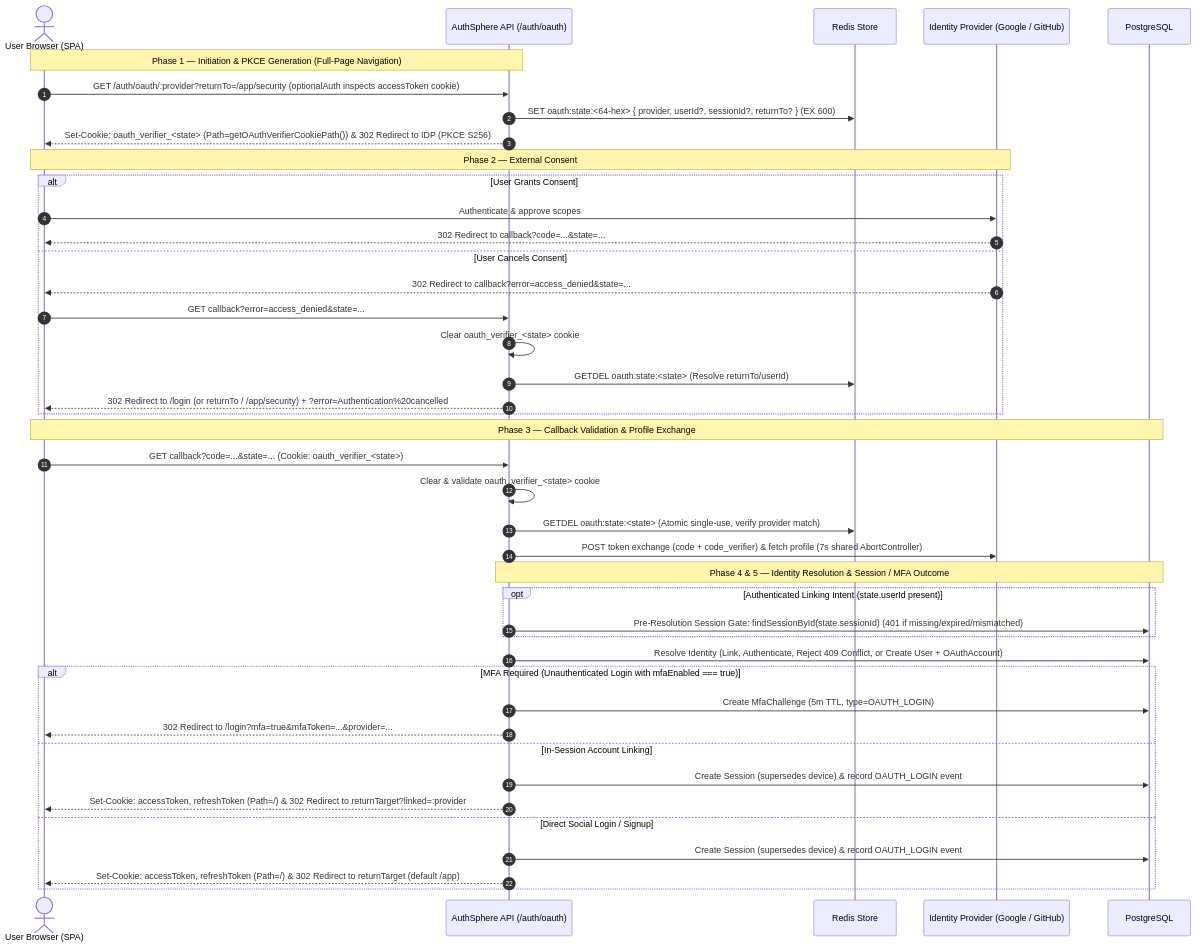
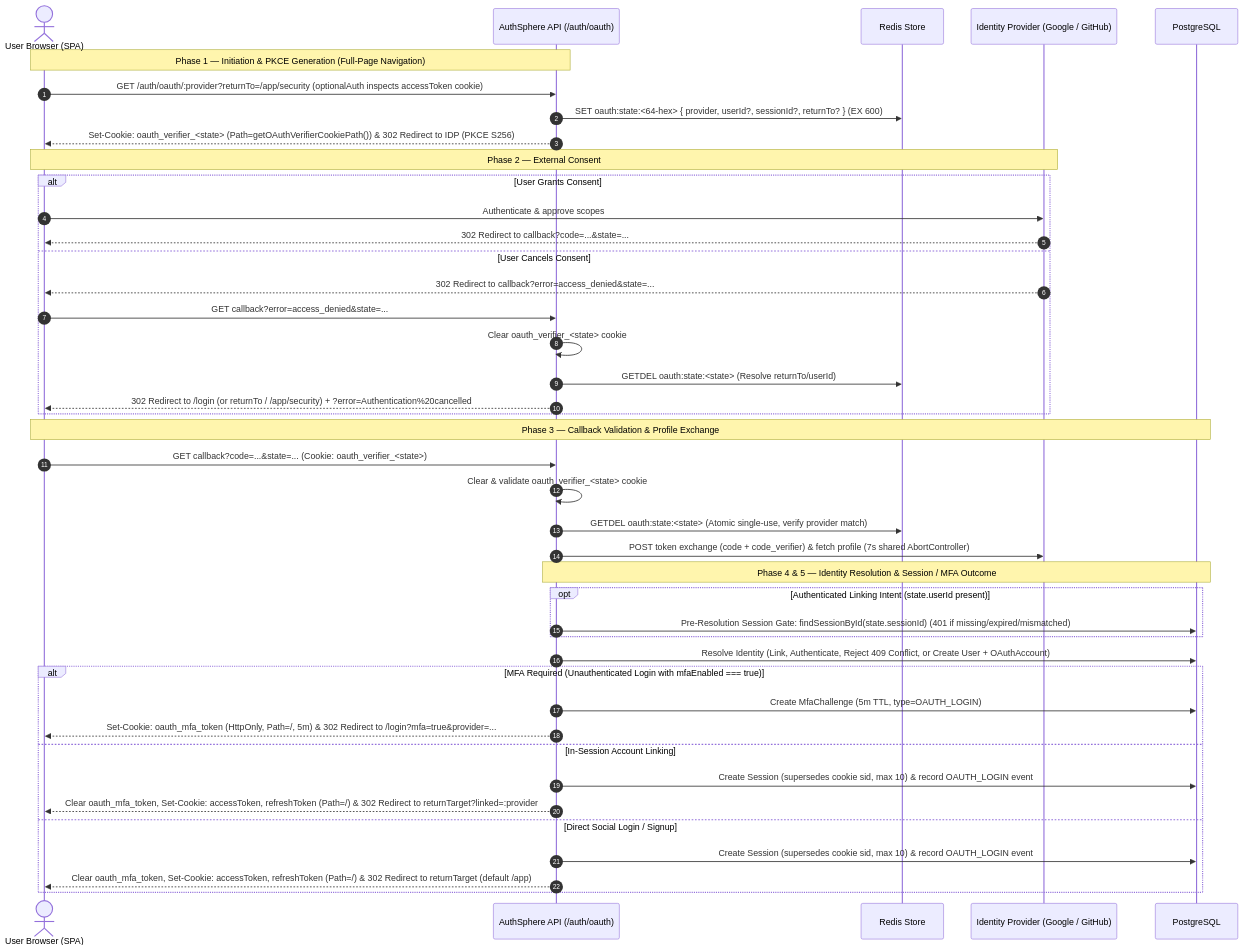
One commit to utkarshj014/authsphere changed the second of 4 diagrams in docs/OAUTH.md. Above: the diagram before and after it, drawn with Mermaid. The commit also changed other lines of this file and 12 other files, not shown here.

````diff
--- a/docs/OAUTH.md
+++ b/docs/OAUTH.md
@@ -64,48 +64,48 @@
 ```mermaid
 sequenceDiagram
     autonumber
     actor Browser as User Browser (SPA)
     participant API as AuthSphere API (/auth/oauth)
     participant Redis as Redis Store
     participant IDP as Identity Provider (Google / GitHub)
     participant DB as PostgreSQL
 
     Note over Browser, API: Phase 1 — Initiation & PKCE Generation (Full-Page Navigation)
     Browser->>API: GET /auth/oauth/:provider?returnTo=/app/security (optionalAuth inspects accessToken cookie)
     API->>Redis: SET oauth:state:<64-hex> { provider, userId?, sessionId?, returnTo? } (EX 600)
     API-->>Browser: Set-Cookie: oauth_verifier_<state> (Path=getOAuthVerifierCookiePath()) & 302 Redirect to IDP (PKCE S256)
 
     Note over Browser, IDP: Phase 2 — External Consent
     alt User Grants Consent
         Browser->>IDP: Authenticate & approve scopes
         IDP-->>Browser: 302 Redirect to callback?code=...&state=...
     else User Cancels Consent
         IDP-->>Browser: 302 Redirect to callback?error=access_denied&state=...
         Browser->>API: GET callback?error=access_denied&state=...
         API->>API: Clear oauth_verifier_<state> cookie
         API->>Redis: GETDEL oauth:state:<state> (Resolve returnTo/userId)
         API-->>Browser: 302 Redirect to /login (or returnTo / /app/security) + ?error=Authentication%20cancelled
     end
 
     Note over Browser, DB: Phase 3 — Callback Validation & Profile Exchange
     Browser->>API: GET callback?code=...&state=... (Cookie: oauth_verifier_<state>)
     API->>API: Clear & validate oauth_verifier_<state> cookie
     API->>Redis: GETDEL oauth:state:<state> (Atomic single-use, verify provider match)
     API->>IDP: POST token exchange (code + code_verifier) & fetch profile (7s shared AbortController)
 
     Note over API, DB: Phase 4 & 5 — Identity Resolution & Session / MFA Outcome
     opt Authenticated Linking Intent (state.userId present)
         API->>DB: Pre-Resolution Session Gate: findSessionById(state.sessionId) (401 if missing/expired/mismatched)
     end
     API->>DB: Resolve Identity (Link, Authenticate, Reject 409 Conflict, or Create User + OAuthAccount)
     alt MFA Required (Unauthenticated Login with mfaEnabled === true)
         API->>DB: Create MfaChallenge (5m TTL, type=OAUTH_LOGIN)
-        API-->>Browser: 302 Redirect to /login?mfa=true&mfaToken=...&provider=...
+        API-->>Browser: Set-Cookie: oauth_mfa_token (HttpOnly, Path=/, 5m) & 302 Redirect to /login?mfa=true&provider=...
     else In-Session Account Linking
-        API->>DB: Create Session (supersedes device) & record OAUTH_LOGIN event
-        API-->>Browser: Set-Cookie: accessToken, refreshToken (Path=/) & 302 Redirect to returnTarget?linked=:provider
+        API->>DB: Create Session (supersedes cookie sid, max 10) & record OAUTH_LOGIN event
+        API-->>Browser: Clear oauth_mfa_token, Set-Cookie: accessToken, refreshToken (Path=/) & 302 Redirect to returnTarget?linked=:provider
     else Direct Social Login / Signup
-        API->>DB: Create Session (supersedes device) & record OAUTH_LOGIN event
-        API-->>Browser: Set-Cookie: accessToken, refreshToken (Path=/) & 302 Redirect to returnTarget (default /app)
+        API->>DB: Create Session (supersedes cookie sid, max 10) & record OAUTH_LOGIN event
+        API-->>Browser: Clear oauth_mfa_token, Set-Cookie: accessToken, refreshToken (Path=/) & 302 Redirect to returnTarget (default /app)
     end
 ```
````
